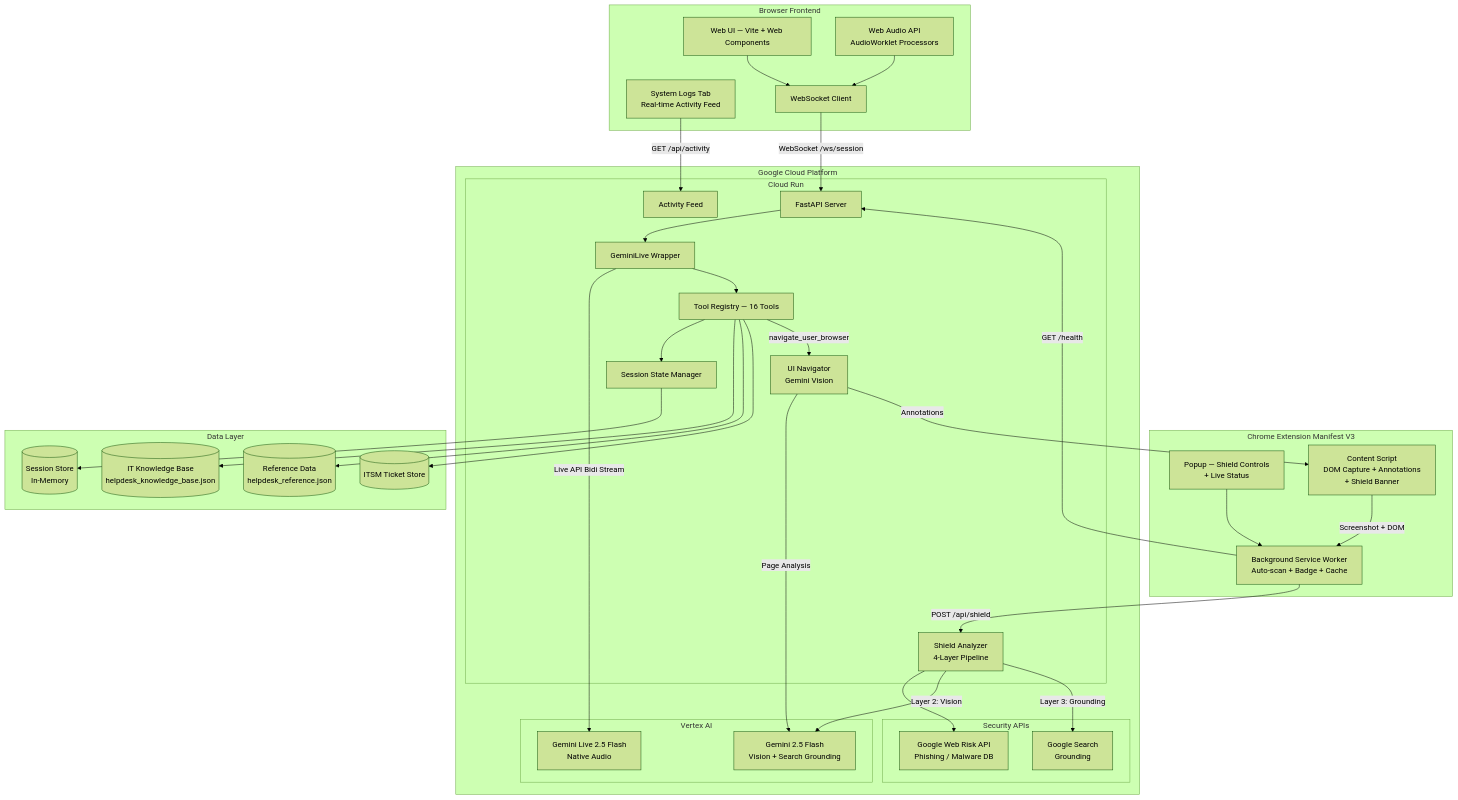
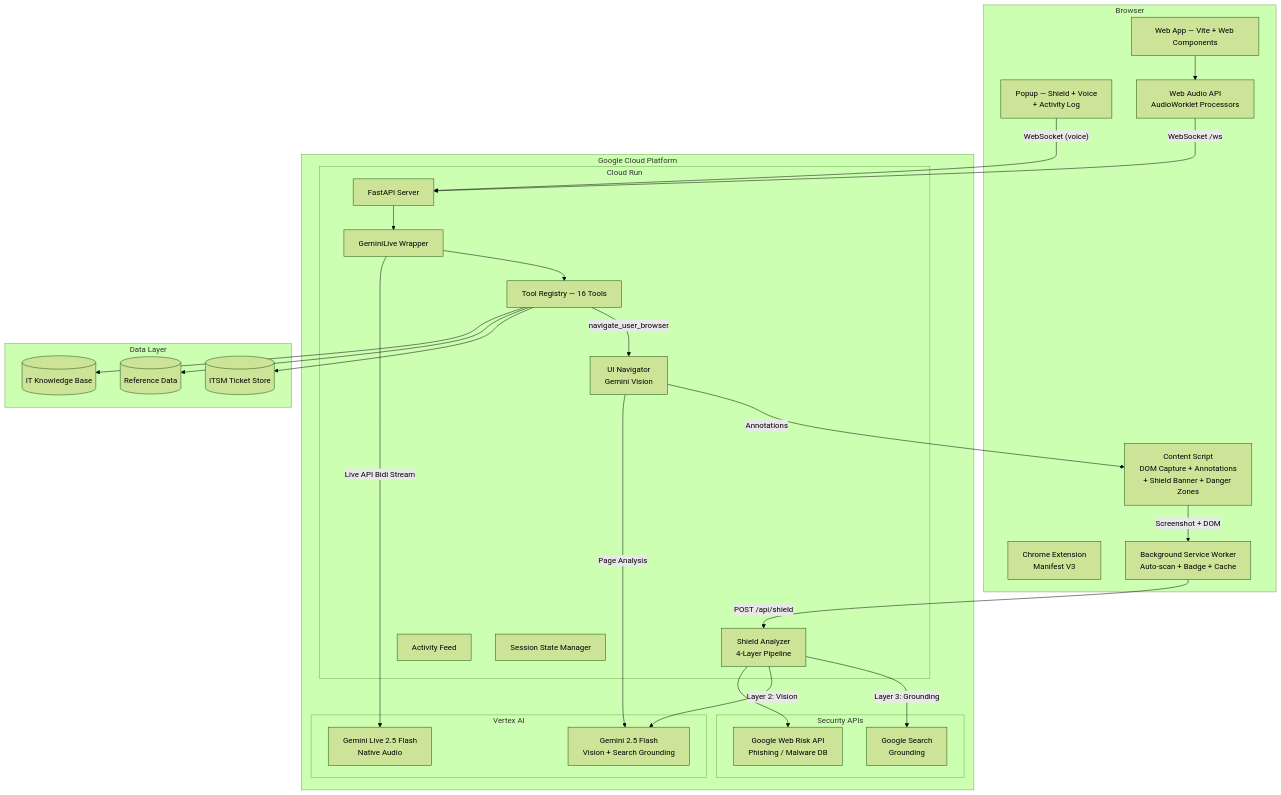
One commit to vigneshbarani24/resolve-vigil changed the first of 10 diagrams in docs/architecture-diagrams.md. Above: the diagram before and after it, drawn with Mermaid (forest theme). The commit also changed other lines of this file and 19 other files, not shown here.

First line of the commit message:
feat: 5-layer shield pipeline + voice extension + deepfake annotations

````diff
--- a/docs/architecture-diagrams.md
+++ b/docs/architecture-diagrams.md
@@ -13,69 +9,62 @@
 ```mermaid
 graph TB
-    subgraph "Browser Frontend"
-        UI[Web UI — Vite + Web Components]
+    subgraph "Browser"
+        EXT[Chrome Extension<br/>Manifest V3]
+        POPUP[Popup — Shield + Voice<br/>+ Activity Log]
+        BG[Background Service Worker<br/>Auto-scan + Badge + Cache]
+        CS[Content Script<br/>DOM Capture + Annotations<br/>+ Shield Banner + Danger Zones]
+        UI[Web App — Vite + Web Components]
         WA[Web Audio API<br/>AudioWorklet Processors]
-        LOGS[System Logs Tab<br/>Real-time Activity Feed]
-        WS_CLIENT[WebSocket Client]
-    end
-
-    subgraph "Chrome Extension Manifest V3"
-        POPUP[Popup — Shield Controls<br/>+ Live Status]
-        BG[Background Service Worker<br/>Auto-scan + Badge + Cache]
-        CS[Content Script<br/>DOM Capture + Annotations<br/>+ Shield Banner]
     end
 
     subgraph "Google Cloud Platform"
         subgraph "Cloud Run"
             FASTAPI[FastAPI Server]
             GM[GeminiLive Wrapper]
             TR[Tool Registry — 16 Tools]
-            SM[Session State Manager]
-            AF[Activity Feed]
             SHIELD[Shield Analyzer<br/>4-Layer Pipeline]
             NAV[UI Navigator<br/>Gemini Vision]
+            AF[Activity Feed]
+            SM[Session State Manager]
         end
 
         subgraph "Vertex AI"
+            FLASH[Gemini 2.5 Flash<br/>Vision + Search Grounding]
             LIVE[Gemini Live 2.5 Flash<br/>Native Audio]
-            FLASH[Gemini 2.5 Flash<br/>Vision + Search Grounding]
         end
 
         subgraph "Security APIs"
             WEBRISK[Google Web Risk API<br/>Phishing / Malware DB]
             GSEARCH[Google Search<br/>Grounding]
         end
     end
 
     subgraph "Data Layer"
-        KB[(IT Knowledge Base<br/>helpdesk_knowledge_base.json)]
-        REF[(Reference Data<br/>helpdesk_reference.json)]
+        KB[(IT Knowledge Base)]
+        REF[(Reference Data)]
         ITSM_STORE[(ITSM Ticket Store)]
-        SESSION_STORE[(Session Store<br/>In-Memory)]
     end
 
-    UI --> WS_CLIENT
-    WA --> WS_CLIENT
-    WS_CLIENT -- "WebSocket /ws/session" --> FASTAPI
-    LOGS -- "GET /api/activity" --> AF
-    FASTAPI --> GM
-    GM -- "Live API Bidi Stream" --> LIVE
-    GM --> TR
-    TR --> SM
-    TR --> KB
-    TR --> REF
-    TR --> ITSM_STORE
-    SM --> SESSION_STORE
-
-    POPUP --> BG
+    %% Shield flow (primary)
     BG -- "POST /api/shield" --> SHIELD
-    BG -- "GET /health" --> FASTAPI
     CS -- "Screenshot + DOM" --> BG
     SHIELD --> WEBRISK
     SHIELD -- "Layer 2: Vision" --> FLASH
     SHIELD -- "Layer 3: Grounding" --> GSEARCH
+
+    %% Voice flow
+    POPUP -- "WebSocket (voice)" --> FASTAPI
+    UI --> WA
+    WA -- "WebSocket /ws" --> FASTAPI
+    FASTAPI --> GM
+    GM -- "Live API Bidi Stream" --> LIVE
+    GM --> TR
+    TR --> KB
+    TR --> REF
+    TR --> ITSM_STORE
+
+    %% UI Navigation
+    TR -- "navigate_user_browser" --> NAV
     NAV -- "Page Analysis" --> FLASH
-
-    TR -- "navigate_user_browser" --> NAV
     NAV -- "Annotations" --> CS
 ```
````
